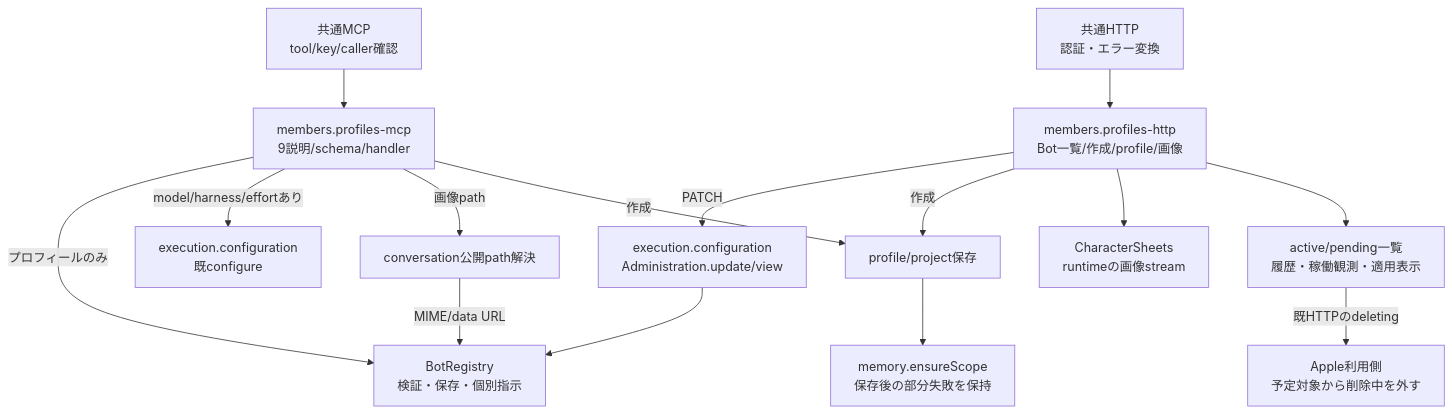
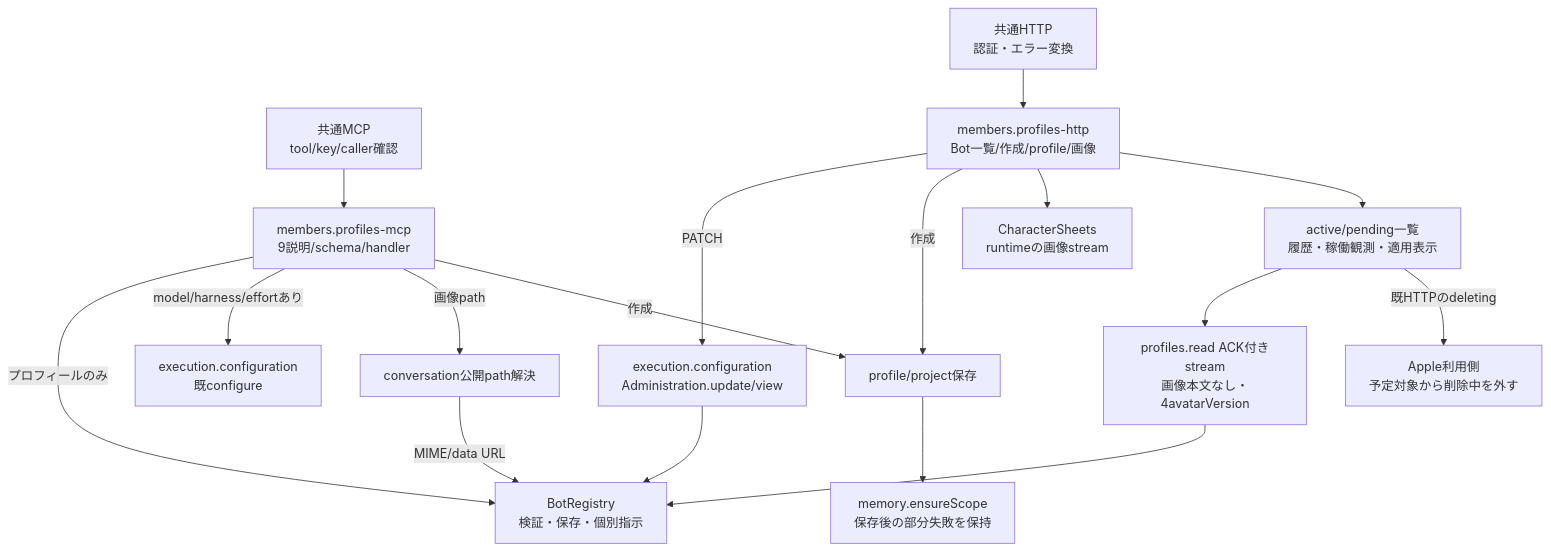
The diagram in docs/architecture/modules/members/profiles.md (kitepon/BellTeam), drawn with Mermaid before and after one commit. The commit also changed other lines of this file and 6 other files, not shown here.

````diff
--- a/docs/architecture/modules/members/profiles.md
+++ b/docs/architecture/modules/members/profiles.md
@@ -5,17 +5,19 @@
 ```mermaid
 flowchart TD
   Mcp["共通MCP<br/>tool/key/caller確認"] --> Tools["members.profiles-mcp<br/>9説明/schema/handler"]
   Http["共通HTTP<br/>認証・エラー変換"] --> Profile["members.profiles-http<br/>Bot一覧/作成/profile/画像"]
   Tools -->|"プロフィールのみ"| Registry["BotRegistry<br/>検証・保存・個別指示"]
   Tools -->|"model/harness/effortあり"| Configure["execution.configuration<br/>既configure"]
   Profile -->|"PATCH"| Admin["execution.configuration<br/>Administration.update/view"]
   Admin --> Registry
   Tools -->|"画像path"| Image["conversation公開path解決"]
   Image -->|"MIME/data URL"| Registry
   Tools -->|"作成"| Create["profile/project保存"]
   Profile -->|"作成"| Create
   Create --> Memory["memory.ensureScope<br/>保存後の部分失敗を保持"]
   Profile --> Sheet["CharacterSheets<br/>runtimeの画像stream"]
+  Listing --> Snapshot["profiles.read ACK付きstream<br/>画像本文なし・4avatarVersion"]
+  Snapshot --> Registry
   Profile --> Listing["active/pending一覧<br/>履歴・稼働観測・適用表示"]
   Listing -->|"既HTTPのdeleting"| Apple["Apple利用側<br/>予定対象から削除中を外す"]
 ```
````
